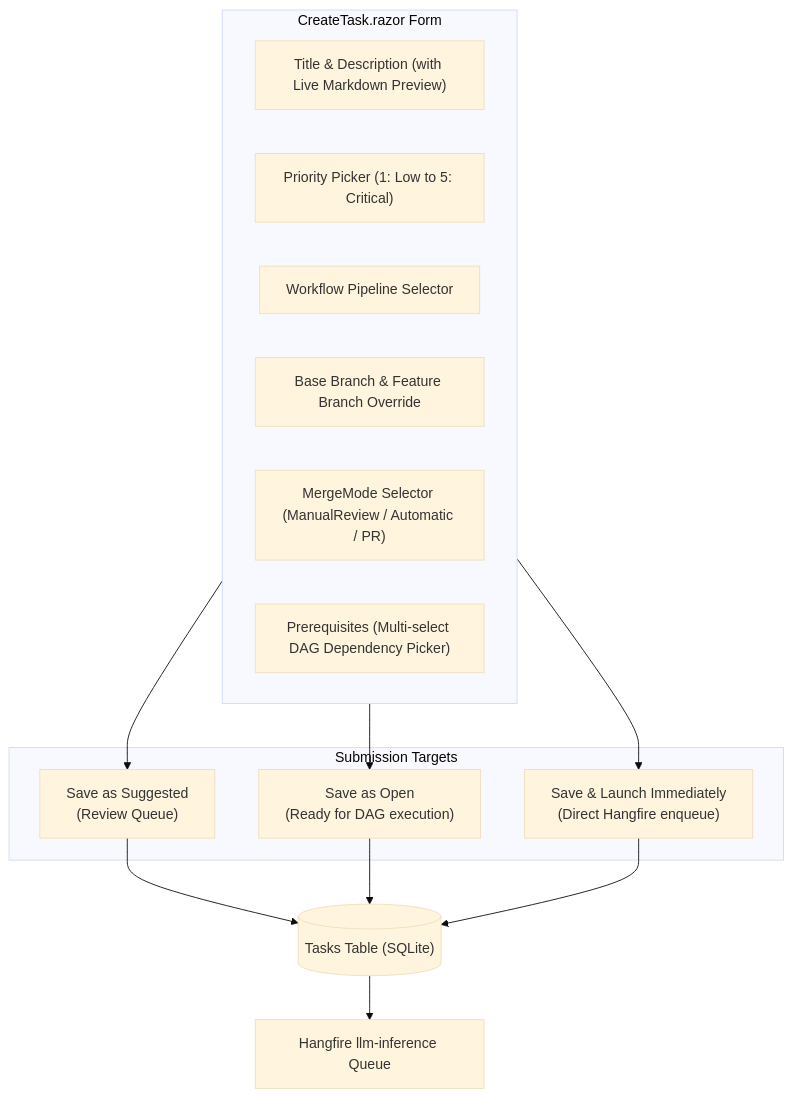
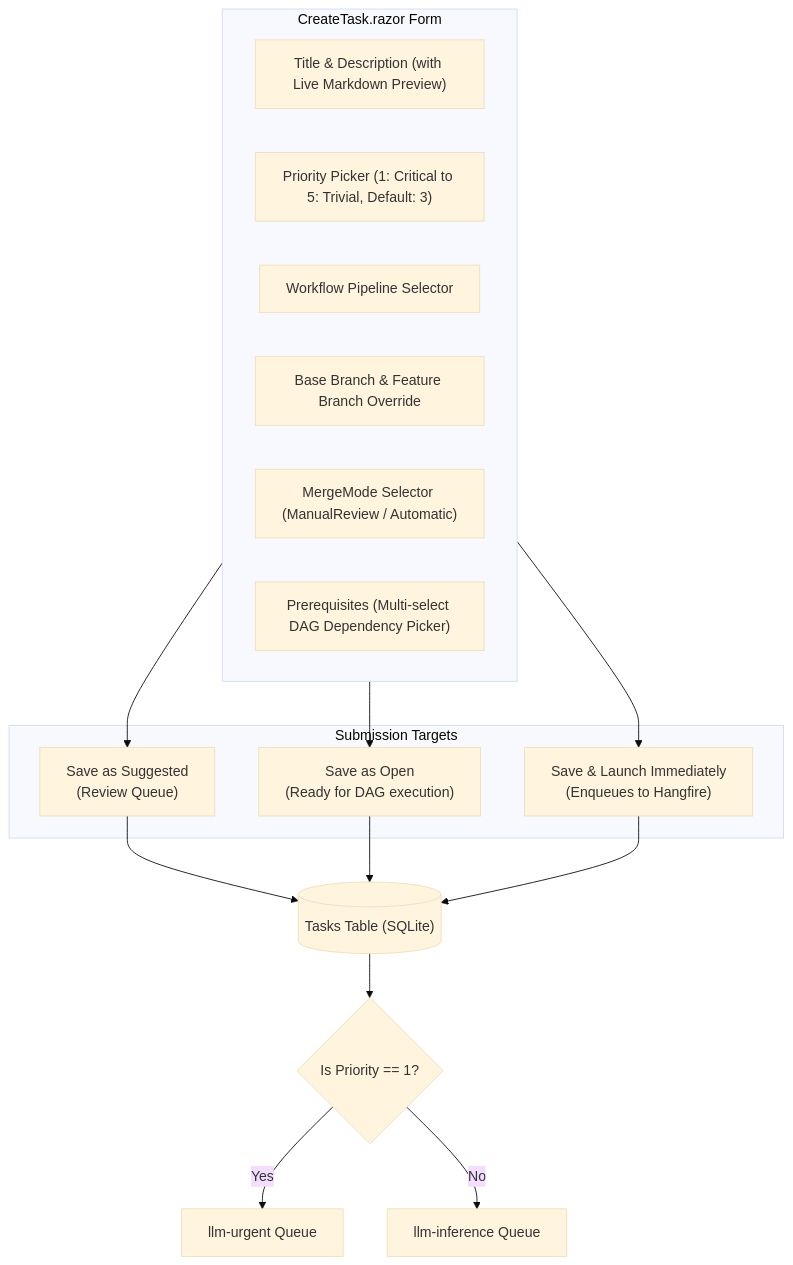
Before and after one commit to jetelain/NightCodeForge: the diagram in docs/plan/phase-11/STEP_11_2_TASK_CREATION_PAGE_AND_MERGE_MODE.md, drawn with Mermaid (base theme). The commit also changed other lines of this file and 2 other files, not shown here.

````diff
--- a/docs/plan/phase-11/STEP_11_2_TASK_CREATION_PAGE_AND_MERGE_MODE.md
+++ b/docs/plan/phase-11/STEP_11_2_TASK_CREATION_PAGE_AND_MERGE_MODE.md
@@ -58,24 +60,26 @@
 ```mermaid
 flowchart TD
     subgraph Form ["CreateTask.razor Form"]
         Title["Title & Description (with Live Markdown Preview)"]
-        PrioritySelect["Priority Picker (1: Low to 5: Critical)"]
+        PrioritySelect["Priority Picker (1: Critical to 5: Trivial, Default: 3)"]
         Workflow["Workflow Pipeline Selector"]
         Branches["Base Branch & Feature Branch Override"]
-        MergeModeSelect["MergeMode Selector (ManualReview / Automatic / PR)"]
+        MergeModeSelect["MergeMode Selector (ManualReview / Automatic)"]
         Deps["Prerequisites (Multi-select DAG Dependency Picker)"]
     end
 
     subgraph SubmitActions ["Submission Targets"]
         BtnSuggested["Save as Suggested<br/>(Review Queue)"]
         BtnOpen["Save as Open<br/>(Ready for DAG execution)"]
-        BtnRun["Save & Launch Immediately<br/>(Direct Hangfire enqueue)"]
+        BtnRun["Save & Launch Immediately<br/>(Enqueues to Hangfire)"]
     end
 
     Form --> BtnSuggested
     Form --> BtnOpen
     Form --> BtnRun
     BtnSuggested --> DB[("Tasks Table (SQLite)")]
     BtnOpen --> DB
-    BtnRun --> DB --> Queue["Hangfire llm-inference Queue"]
+    BtnRun --> DB --> CheckP1{"Is Priority == 1?"}
+    CheckP1 -- Yes --> UrgentQ["llm-urgent Queue"]
+    CheckP1 -- No --> InferQ["llm-inference Queue"]
 ```
````
